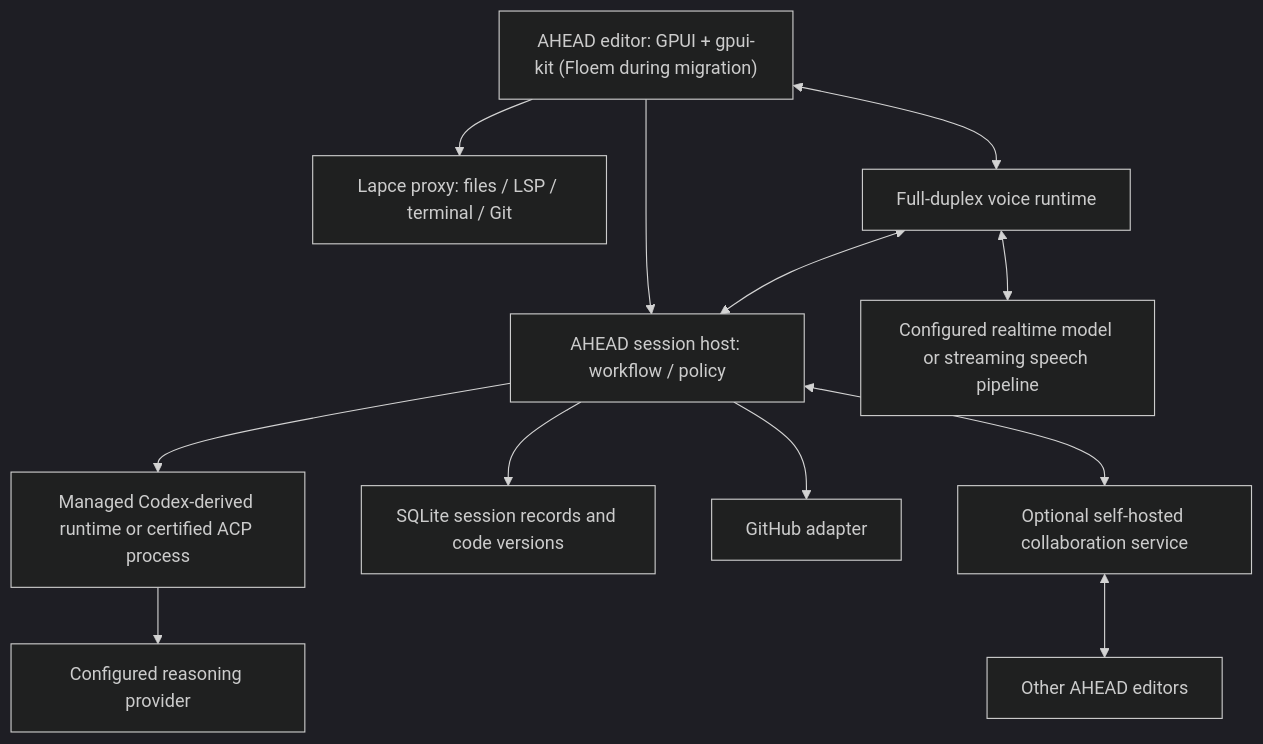
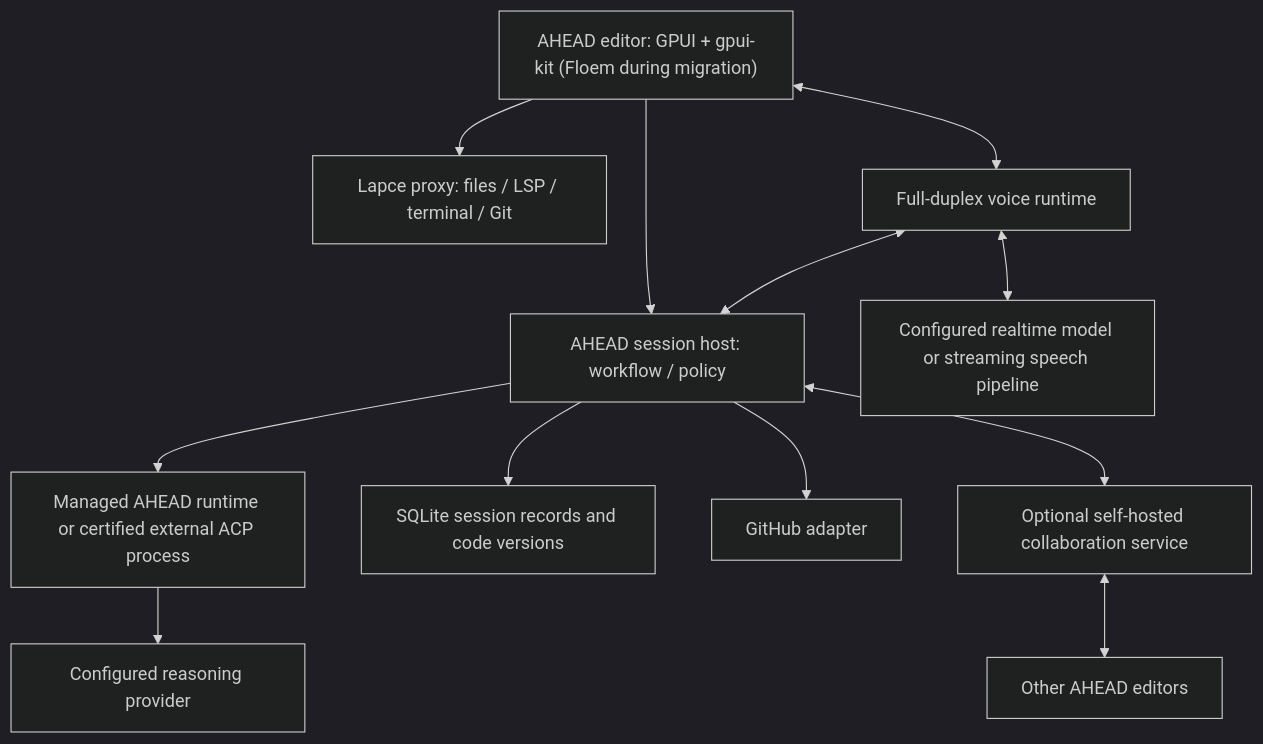
Before and after one commit to Kade-Powell/ahead: the first of 2 diagrams in docs/development/ahead-editor-mvp.md, drawn with Mermaid (dark theme). The commit also changed other lines of this file and 23 other files, not shown here.

````diff
--- a/docs/development/ahead-editor-mvp.md
+++ b/docs/development/ahead-editor-mvp.md
@@ -251,14 +258,14 @@
 ```mermaid
 flowchart TD
     UI["AHEAD editor: GPUI + gpui-kit (Floem during migration)"] --> Host["AHEAD session host: workflow / policy"]
     UI --> Proxy["Lapce proxy: files / LSP / terminal / Git"]
-    Host --> Runtime["Managed Codex-derived runtime or certified ACP process"]
+    Host --> Runtime["Managed AHEAD runtime or certified external ACP process"]
     Runtime --> Models["Configured reasoning provider"]
     UI <--> Audio["Full-duplex voice runtime"]
     Audio <--> Host
     Audio <--> Speech["Configured realtime model or streaming speech pipeline"]
     Host --> Local["SQLite session records and code versions"]
     Host --> Tracker["GitHub adapter"]
     Host <--> Team["Optional self-hosted collaboration service"]
     Team <--> Peer["Other AHEAD editors"]
 ```
````
